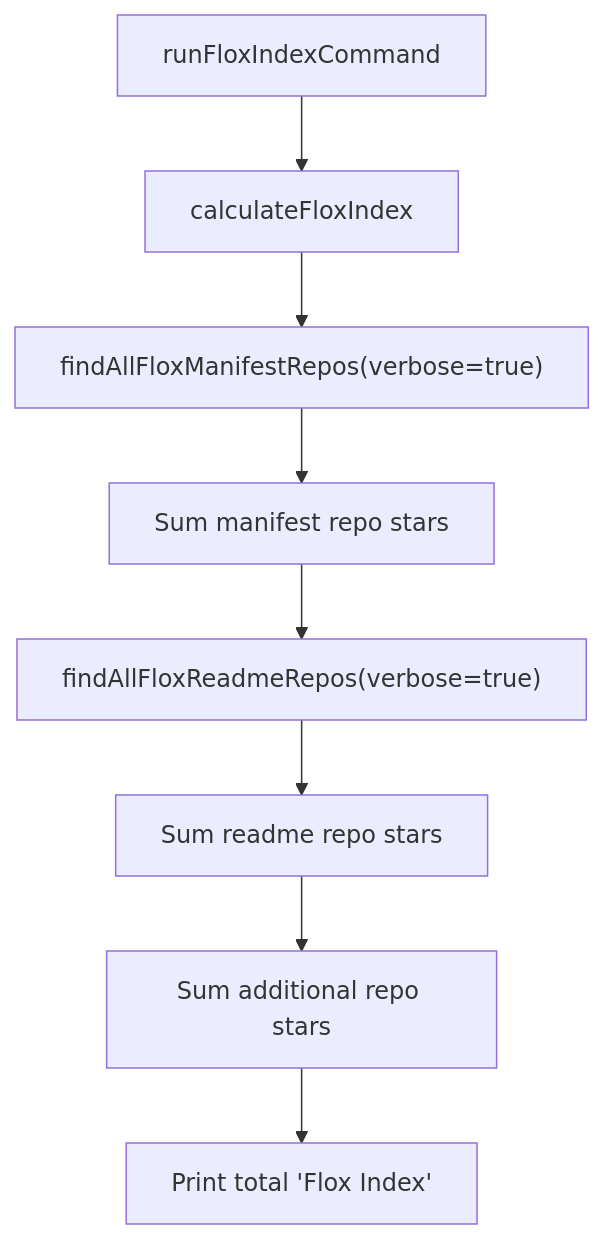
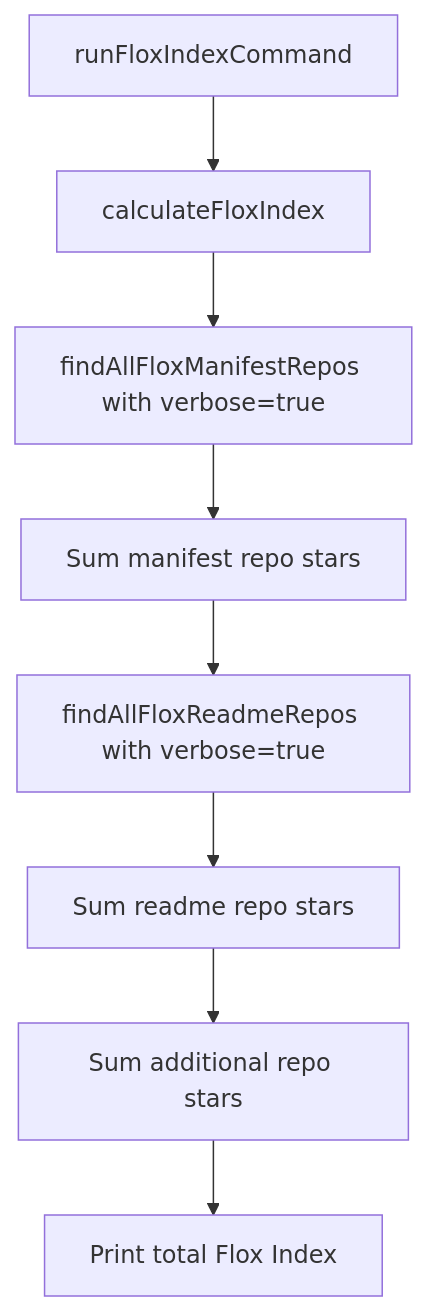
One commit to stahnma/gh-flox changed the seventh of 12 diagrams in README.md. Above: the diagram before and after it, drawn with Mermaid. The commit also changed other lines of this file, not shown here.

First line of the commit message:
Fix Mermaid diagram syntax for GitHub rendering

````diff
--- a/README.md
+++ b/README.md
@@ -211,10 +196,10 @@
 ```mermaid
 flowchart TD
     A[runFloxIndexCommand] --> B[calculateFloxIndex]
-    B --> C["findAllFloxManifestRepos(verbose=true)"]
+    B --> C["findAllFloxManifestRepos with verbose=true"]
     C --> D[Sum manifest repo stars]
-    D --> E["findAllFloxReadmeRepos(verbose=true)"]
+    D --> E["findAllFloxReadmeRepos with verbose=true"]
     E --> F[Sum readme repo stars]
     F --> G[Sum additional repo stars]
-    G --> H["Print total 'Flox Index'"]
+    G --> H["Print total Flox Index"]
 ```
````
